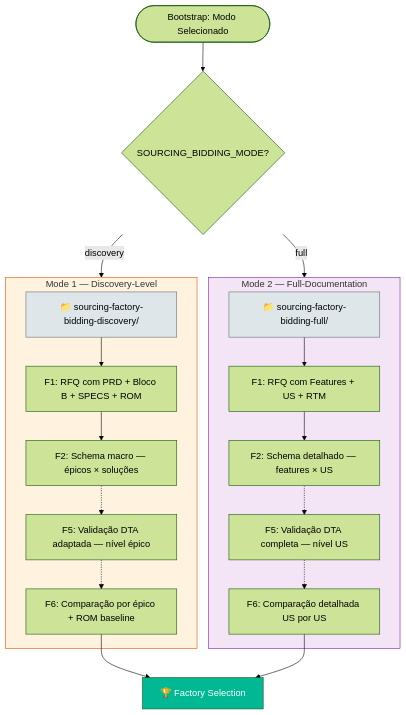
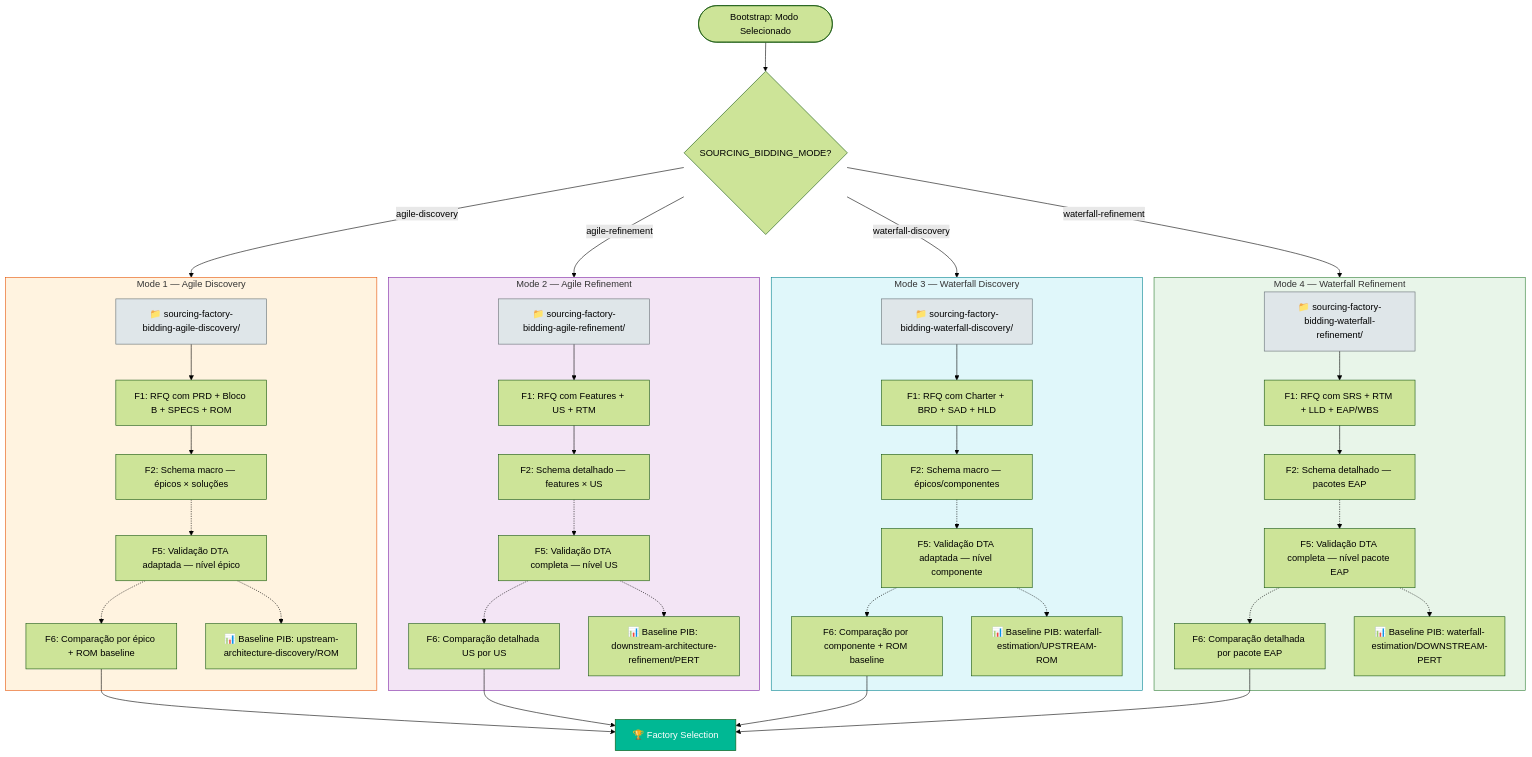
Before and after one commit to bolismar69/workspace-fbso: the fifth of 8 diagrams in .specs/prompts/sourcing-factory-bidding/FLOWCHART-PROMPT-ROADMAP-GENERATE-SOURCING-FACTORY-BIDDING.md, drawn with Mermaid (forest theme). The commit also changed other lines of this file and 129 other files, not shown here.

````diff
--- a/.specs/prompts/sourcing-factory-bidding/FLOWCHART-PROMPT-ROADMAP-GENERATE-SOURCING-FACTORY-BIDDING.md
+++ b/.specs/prompts/sourcing-factory-bidding/FLOWCHART-PROMPT-ROADMAP-GENERATE-SOURCING-FACTORY-BIDDING.md
@@ -238,36 +263,72 @@
 ```mermaid
 flowchart TD
     START([Bootstrap: Modo Selecionado]) --> MODE{SOURCING_BIDDING_MODE?}
 
-    MODE -->|discovery| D_MODE[Mode 1: Discovery-Level]
-    MODE -->|full| F_MODE[Mode 2: Full-Documentation]
+    MODE -->|agile-discovery| AD_MODE[Mode 1: Agile Discovery]
+    MODE -->|agile-refinement| AR_MODE[Mode 2: Agile Refinement]
+    MODE -->|waterfall-discovery| WD_MODE[Mode 3: Waterfall Discovery]
+    MODE -->|waterfall-refinement| WR_MODE[Mode 4: Waterfall Refinement]
 
-    subgraph D_MODE[Mode 1 — Discovery-Level]
-        D_PATH[📁 sourcing-factory-bidding-discovery/]
-        D_F1[F1: RFQ com PRD + Bloco B + SPECS + ROM]
-        D_F2[F2: Schema macro — épicos × soluções]
-        D_F5[F5: Validação DTA adaptada — nível épico]
-        D_F6[F6: Comparação por épico + ROM baseline]
-        D_PATH --> D_F1 --> D_F2
-        D_F2 -.-> D_F5 -.-> D_F6
+    subgraph AD_MODE[Mode 1 — Agile Discovery]
+        AD_PATH[📁 sourcing-factory-bidding-agile-discovery/]
+        AD_F1[F1: RFQ com PRD + Bloco B + SPECS + ROM]
+        AD_F2[F2: Schema macro — épicos × soluções]
+        AD_F5[F5: Validação DTA adaptada — nível épico]
+        AD_F6[F6: Comparação por épico + ROM baseline]
+        AD_BASELINE[📊 Baseline PIB: upstream-architecture-discovery/ROM]
+        AD_PATH --> AD_F1 --> AD_F2
+        AD_F2 -.-> AD_F5 -.-> AD_F6
+        AD_F5 -.-> AD_BASELINE
     end
 
-    subgraph F_MODE[Mode 2 — Full-Documentation]
-        F_PATH[📁 sourcing-factory-bidding-full/]
-        F_F1[F1: RFQ com Features + US + RTM]
-        F_F2[F2: Schema detalhado — features × US]
-        F_F5[F5: Validação DTA completa — nível US]
-        F_F6[F6: Comparação detalhada US por US]
-        F_PATH --> F_F1 --> F_F2
-        F_F2 -.-> F_F5 -.-> F_F6
+    subgraph AR_MODE[Mode 2 — Agile Refinement]
+        AR_PATH[📁 sourcing-factory-bidding-agile-refinement/]
+        AR_F1[F1: RFQ com Features + US + RTM]
+        AR_F2[F2: Schema detalhado — features × US]
+        AR_F5[F5: Validação DTA completa — nível US]
+        AR_F6[F6: Comparação detalhada US por US]
+        AR_BASELINE[📊 Baseline PIB: downstream-architecture-refinement/PERT]
+        AR_PATH --> AR_F1 --> AR_F2
+        AR_F2 -.-> AR_F5 -.-> AR_F6
+        AR_F5 -.-> AR_BASELINE
     end
 
-    D_F6 --> SELECTION[🏆 Factory Selection]
-    F_F6 --> SELECTION
+    subgraph WD_MODE[Mode 3 — Waterfall Discovery]
+        WD_PATH[📁 sourcing-factory-bidding-waterfall-discovery/]
+        WD_F1[F1: RFQ com Charter + BRD + SAD + HLD]
+        WD_F2[F2: Schema macro — épicos/componentes]
+        WD_F5[F5: Validação DTA adaptada — nível componente]
+        WD_F6[F6: Comparação por componente + ROM baseline]
+        WD_BASELINE[📊 Baseline PIB: waterfall-estimation/UPSTREAM-ROM]
+        WD_PATH --> WD_F1 --> WD_F2
+        WD_F2 -.-> WD_F5 -.-> WD_F6
+        WD_F5 -.-> WD_BASELINE
+    end
 
-    style D_MODE fill:#fff3e0,stroke:#e65100
-    style F_MODE fill:#f3e5f5,stroke:#7b1fa2
-    style D_PATH fill:#dfe6e9,stroke:#636e72,color:black
-    style F_PATH fill:#dfe6e9,stroke:#636e72,color:black
+    subgraph WR_MODE[Mode 4 — Waterfall Refinement]
+        WR_PATH[📁 sourcing-factory-bidding-waterfall-refinement/]
+        WR_F1[F1: RFQ com SRS + RTM + LLD + EAP/WBS]
+        WR_F2[F2: Schema detalhado — pacotes EAP]
+        WR_F5[F5: Validação DTA completa — nível pacote EAP]
+        WR_F6[F6: Comparação detalhada por pacote EAP]
+        WR_BASELINE[📊 Baseline PIB: waterfall-estimation/DOWNSTREAM-PERT]
+        WR_PATH --> WR_F1 --> WR_F2
+        WR_F2 -.-> WR_F5 -.-> WR_F6
+        WR_F5 -.-> WR_BASELINE
+    end
+
+    AD_F6 --> SELECTION[🏆 Factory Selection]
+    AR_F6 --> SELECTION
+    WD_F6 --> SELECTION
+    WR_F6 --> SELECTION
+
+    style AD_MODE fill:#fff3e0,stroke:#e65100
+    style AR_MODE fill:#f3e5f5,stroke:#7b1fa2
+    style WD_MODE fill:#e0f7fa,stroke:#00838f
+    style WR_MODE fill:#e8f5e9,stroke:#2e7d32
+    style AD_PATH fill:#dfe6e9,stroke:#636e72,color:black
+    style AR_PATH fill:#dfe6e9,stroke:#636e72,color:black
+    style WD_PATH fill:#dfe6e9,stroke:#636e72,color:black
+    style WR_PATH fill:#dfe6e9,stroke:#636e72,color:black
     style SELECTION fill:#00b894,color:#fff
 ```
````
